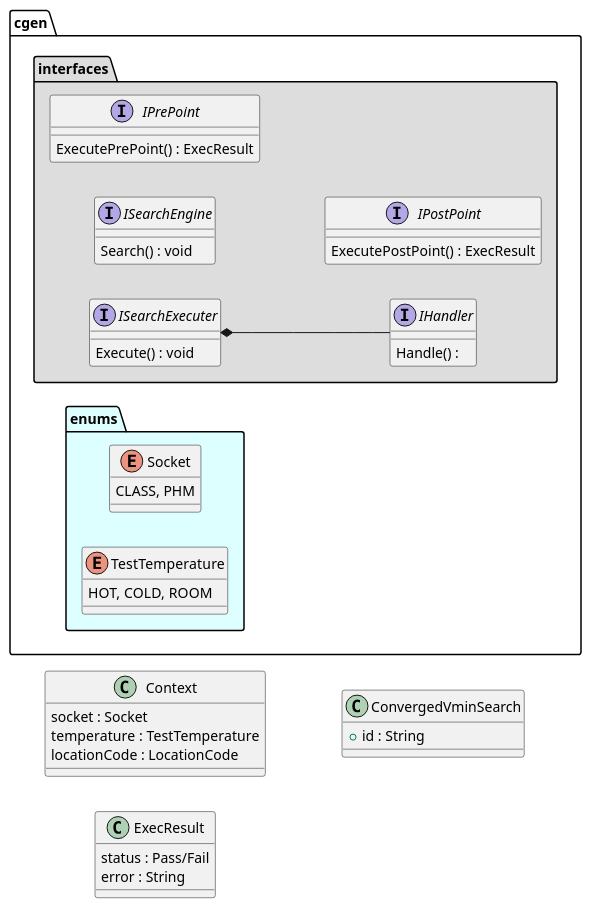
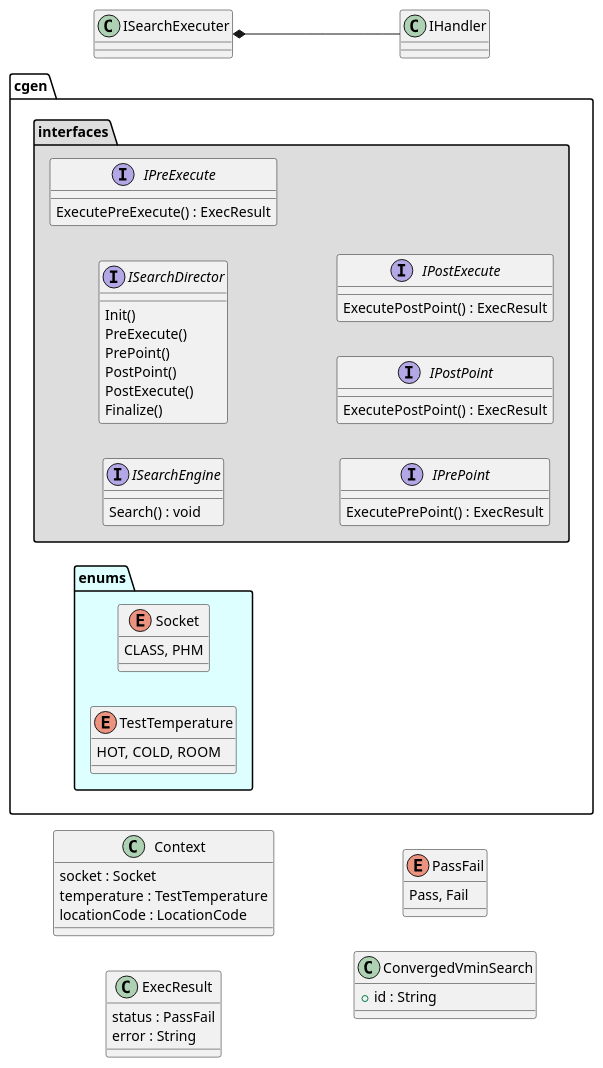
One commit to imahamdan/ctt_docs changed the second of 3 diagrams in Writerside/topics/Design.md. Above: the diagram before and after it, drawn with PlantUML. The commit also changed other lines of this file and 23 other files, not shown here.

````diff
--- a/Writerside/topics/Design.md
+++ b/Writerside/topics/Design.md
@@ -70,63 +74,73 @@
 ```plantuml
 @startuml
 left to right direction
 
 ' Split into 4 pages
 page 2x2
 skinparam pageMargin 10
 skinparam pageExternalColor gray
 skinparam pageBorderColor black
 
 namespace cgen.interfaces #DDDDDD {
 
     interface ISearchEngine {
         Search() : void
     }
     
-    interface ISearchExecuter {
-        Execute() : void
+    interface ISearchDirector {
+        Init()
+        PreExecute()
+        PrePoint()
+        PostPoint()
+        PostExecute()
+        Finalize()
     }
     
+    interface IPreExecute {
+         ExecutePreExecute() : ExecResult
+    }
     interface IPrePoint {
          ExecutePrePoint() : ExecResult
     }
     interface IPostPoint {
         ExecutePostPoint() : ExecResult
     }
+    interface IPostExecute {
+        ExecutePostPoint() : ExecResult
+    }
     
-    interface IHandler {
-        Handle() : 
-    }
+}
 
-
-}
 namespace cgen.enums #DDFFFF {
      enum Socket {
         CLASS, PHM
     }
     enum TestTemperature {
         HOT, COLD, ROOM
     }
 }
 
 
 class Context {
     socket : Socket
     temperature : TestTemperature
     locationCode : LocationCode
 }
 
 class ExecResult {
-    status : Pass/Fail
+    status : PassFail
     error : String
 }
 
+enum PassFail {
+    Pass, Fail
+}
 
 ISearchExecuter *-- IHandler
 
 class ConvergedVminSearch {
 +id : String
 }
 
 @enduml
 ```
````
